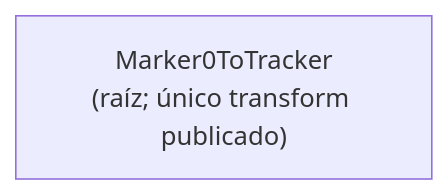
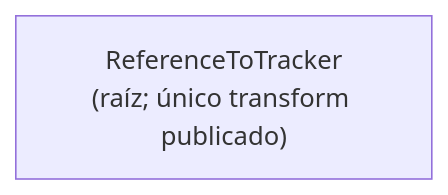
Before and after one commit to chuyAguilar/PoyectoNavegacion: the second of 4 diagrams in docs/ARCHITECTURE.md, drawn with Mermaid. The commit also changed other lines of this file and 38 other files, not shown here.

Commit message:
Renombra Marker0ToTracker a ReferenceToTracker en la cadena, sin camara (meta 006, fase 7c2 · Reference y ReferenceToTracker)

````diff
--- a/docs/ARCHITECTURE.md
+++ b/docs/ARCHITECTURE.md
@@ -427,4 +436,4 @@
 ```mermaid
 flowchart TD
-    M0["Marker0ToTracker\n(raíz; único transform publicado)"]
+    M0["ReferenceToTracker\n(raíz; único transform publicado)"]
 ```
````
